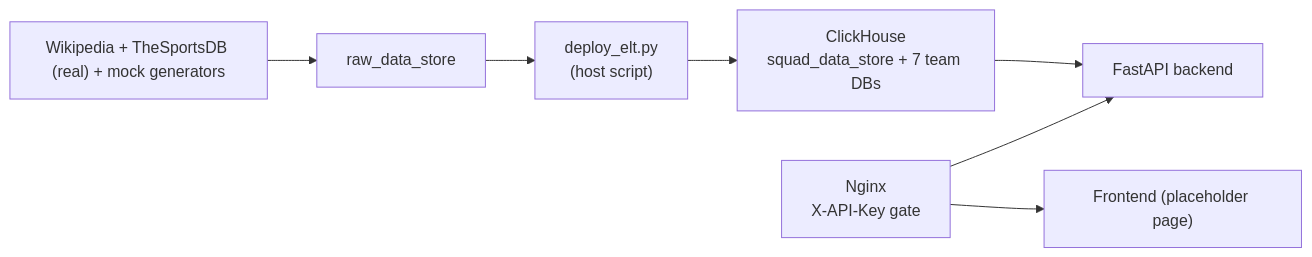
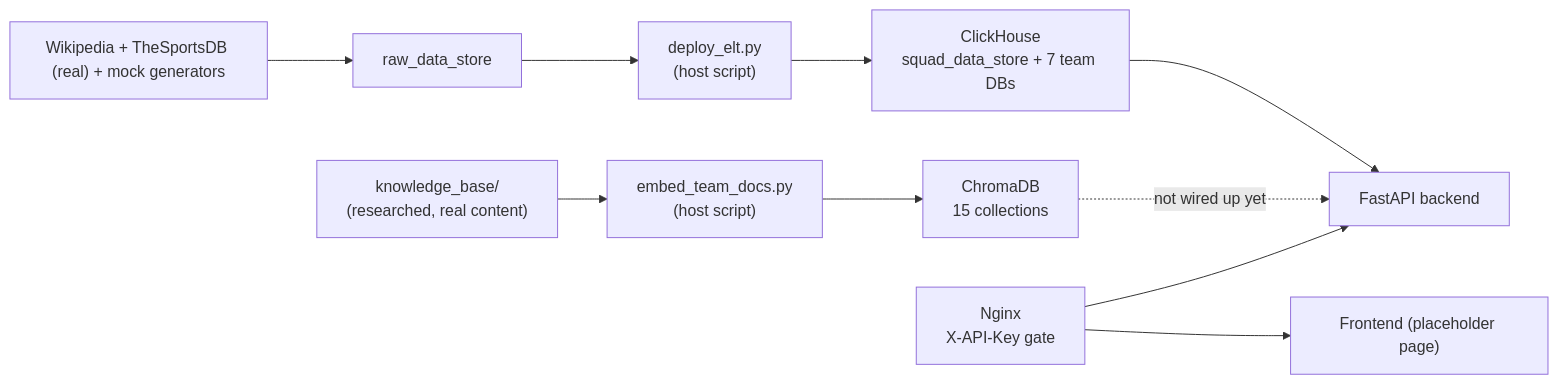
Before and after one commit to priyanshubiswas-tech/squad-console: the diagram in README.md, drawn with Mermaid. The commit also changed other lines of this file and 28 other files, not shown here.

````diff
--- a/README.md
+++ b/README.md
@@ -41,9 +43,12 @@
 ```mermaid
 flowchart LR
     ext["Wikipedia + TheSportsDB (real) + mock generators"] --> raw["raw_data_store"]
     raw --> ingest["deploy_elt.py\n(host script)"]
     ingest --> ch["ClickHouse\nsquad_data_store + 7 team DBs"]
+    kb["knowledge_base/\n(researched, real content)"] --> embed["embed_team_docs.py\n(host script)"]
+    embed --> chroma["ChromaDB\n15 collections"]
     ch --> backend["FastAPI backend"]
+    chroma -.->|"not wired up yet"| backend
     nginx["Nginx\nX-API-Key gate"] --> backend
     nginx --> frontend["Frontend (placeholder page)"]
 ```
````
